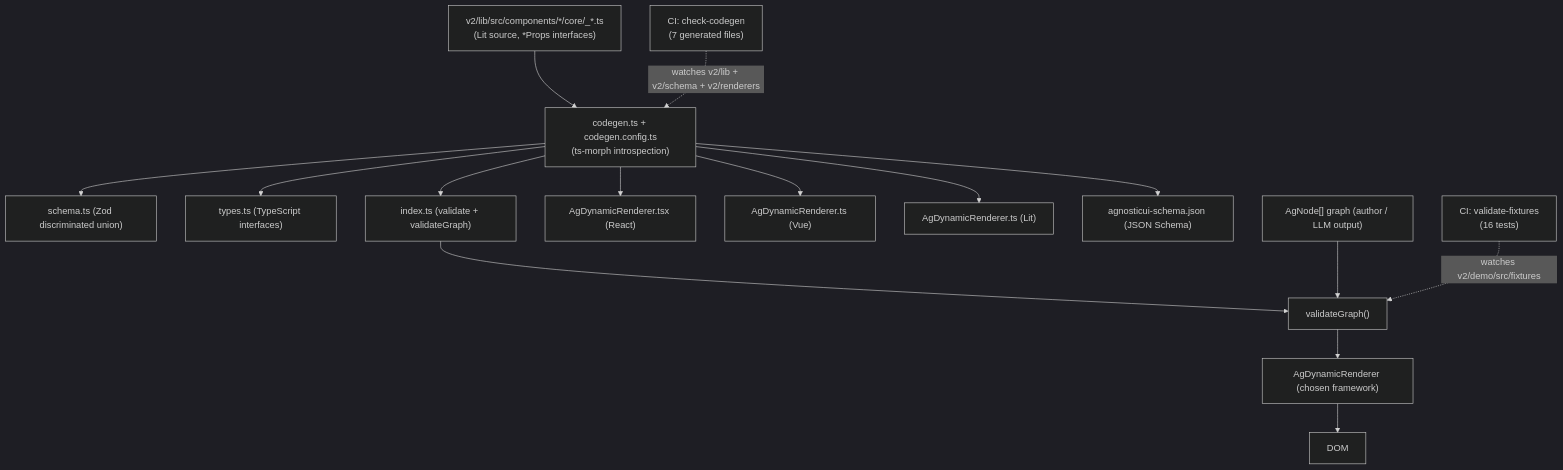
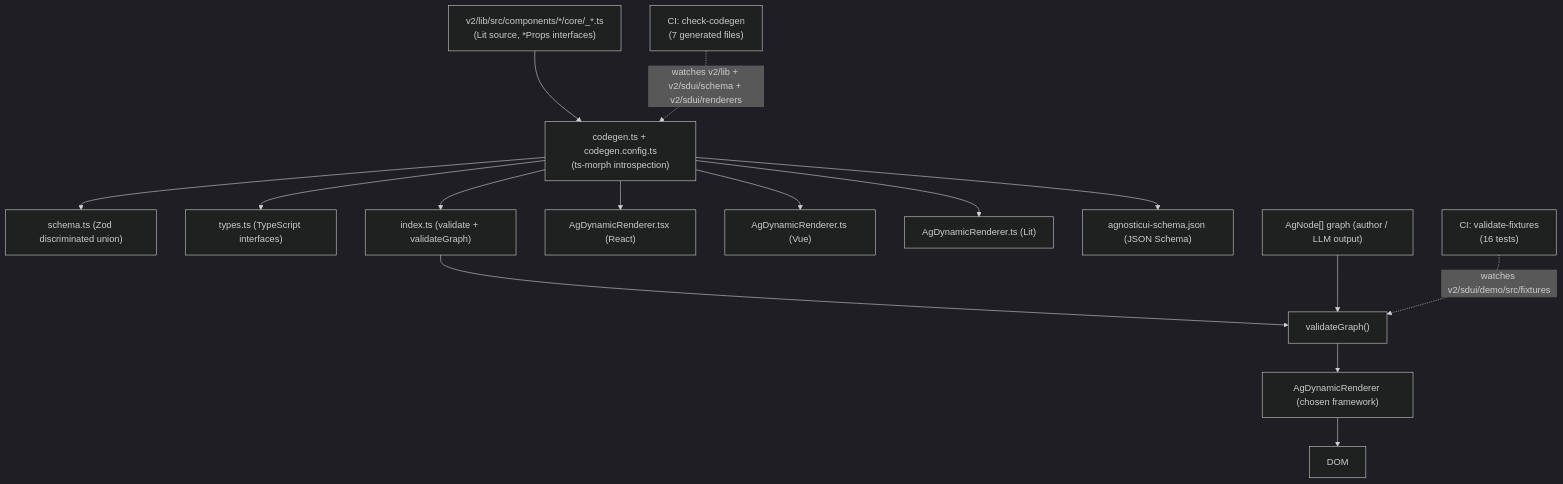
One commit to AgnosticUI/agnosticui changed the first of 3 diagrams in v2/docs/sdui-architecture.md. Above: the diagram before and after it, drawn with Mermaid (dark theme). The commit also changed other lines of this file and 143 other files, not shown here.

````diff
--- a/v2/docs/sdui-architecture.md
+++ b/v2/docs/sdui-architecture.md
@@ -7,33 +7,33 @@
 ```mermaid
 graph TD
     A["v2/lib/src/components/*/core/_*.ts<br/>(Lit source, *Props interfaces)"]
     B["codegen.ts + codegen.config.ts<br/>(ts-morph introspection)"]
     C1["schema.ts (Zod discriminated union)"]
     C2["types.ts (TypeScript interfaces)"]
     C3["index.ts (validate + validateGraph)"]
     C4["AgDynamicRenderer.tsx (React)"]
     C5["AgDynamicRenderer.ts (Vue)"]
     C6["AgDynamicRenderer.ts (Lit)"]
     C7["agnosticui-schema.json (JSON Schema)"]
     D["AgNode[] graph (author / LLM output)"]
     E["validateGraph()"]
     F["AgDynamicRenderer (chosen framework)"]
     G["DOM"]
     CI1["CI: check-codegen<br/>(7 generated files)"]
     CI2["CI: validate-fixtures<br/>(16 tests)"]
 
     A --> B
     B --> C1
     B --> C2
     B --> C3
     B --> C4
     B --> C5
     B --> C6
     B --> C7
     C3 --> E
     D --> E
     E --> F
     F --> G
-    CI1 -.->|"watches v2/lib + v2/schema + v2/renderers"| B
-    CI2 -.->|"watches v2/demo/src/fixtures"| E
+    CI1 -.->|"watches v2/lib + v2/sdui/schema + v2/sdui/renderers"| B
+    CI2 -.->|"watches v2/sdui/demo/src/fixtures"| E
 ```
````
